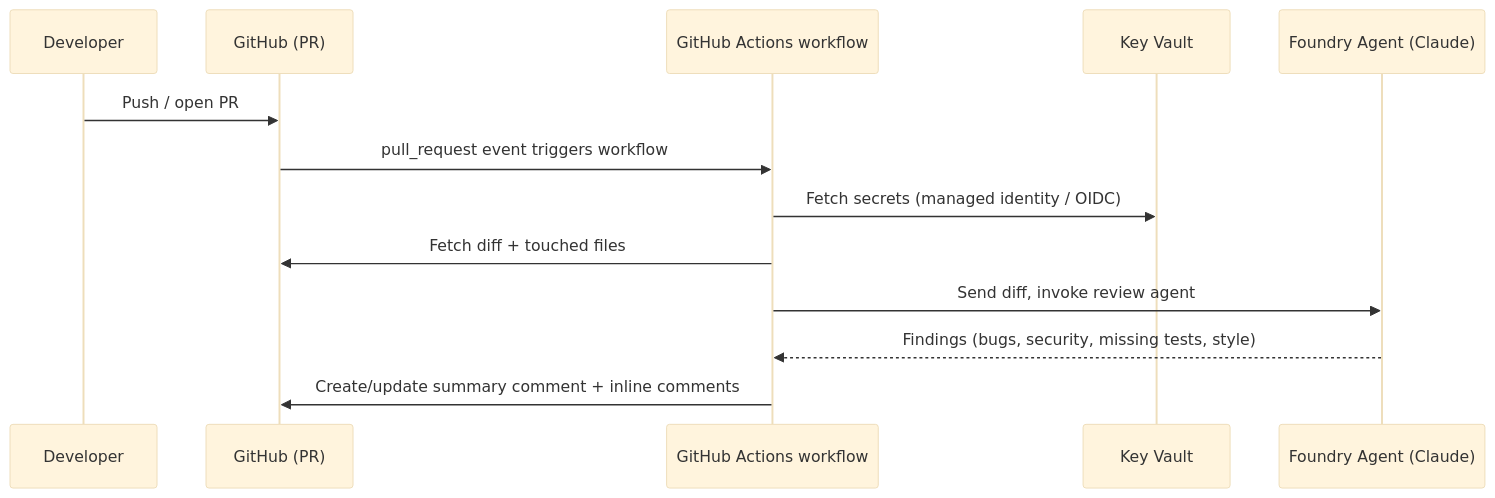
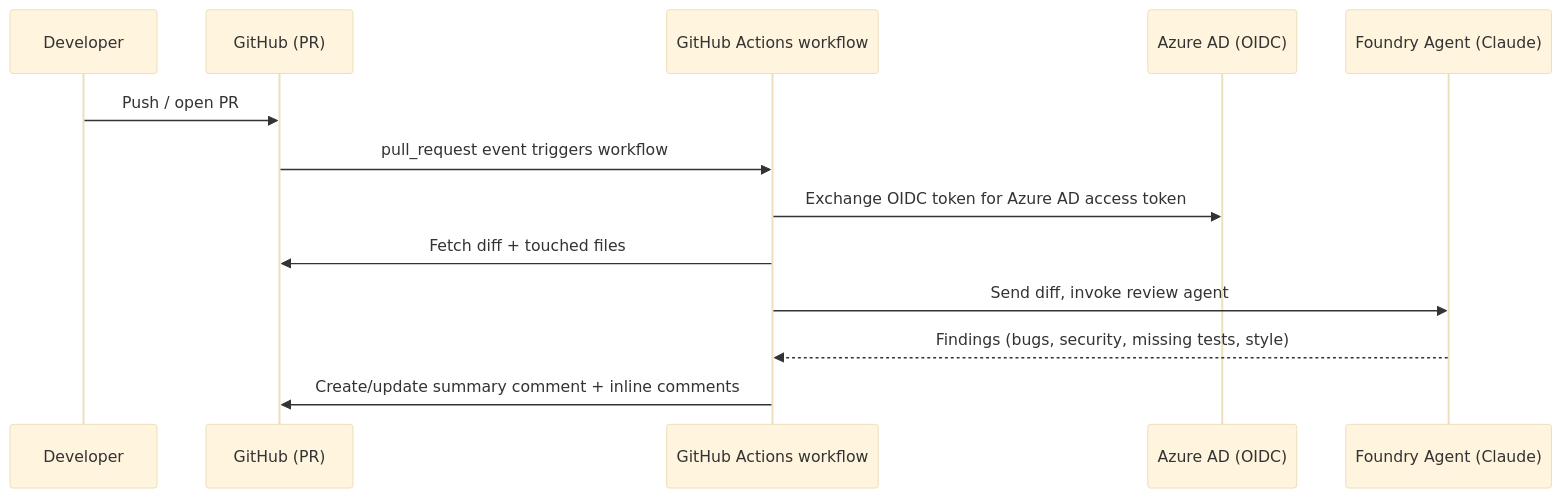
Before and after one commit to antonmelehov/mr-reviewer: the diagram in architecture.md, drawn with Mermaid (base theme). The commit also changed other lines of this file and 7 other files, not shown here.

````diff
--- a/architecture.md
+++ b/architecture.md
@@ -18,16 +18,16 @@
 ```mermaid
 sequenceDiagram
     participant Dev as Developer
     participant GH as GitHub (PR)
     participant GA as GitHub Actions workflow
-    participant KV as Key Vault
+    participant AAD as Azure AD (OIDC)
     participant Foundry as Foundry Agent (Claude)
 
     Dev->>GH: Push / open PR
     GH->>GA: pull_request event triggers workflow
-    GA->>KV: Fetch secrets (managed identity / OIDC)
+    GA->>AAD: Exchange OIDC token for Azure AD access token
     GA->>GH: Fetch diff + touched files
     GA->>Foundry: Send diff, invoke review agent
     Foundry-->>GA: Findings (bugs, security, missing tests, style)
     GA->>GH: Create/update summary comment + inline comments
 ```
````
